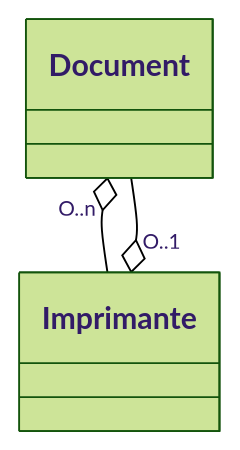
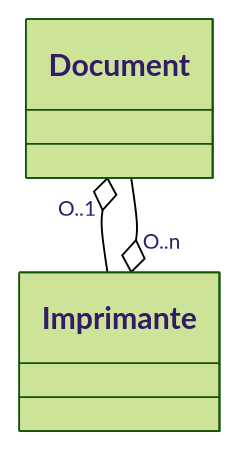
The fourth of 4 diagrams in README.md (ROUBAUD-Axel-2225073b/TD3uml), drawn with Mermaid (forest theme) before and after one commit.

````diff
--- a/README.md
+++ b/README.md
@@ -38,8 +38,8 @@
 ```mermaid
 classDiagram
   class Document
   class Imprimante
 
-  Document "O..n" o-- Imprimante
- Imprimante "O..1" o-- Document
+  Document "O..1" o-- Imprimante
+ Imprimante "O..n" o-- Document
 ```
````
